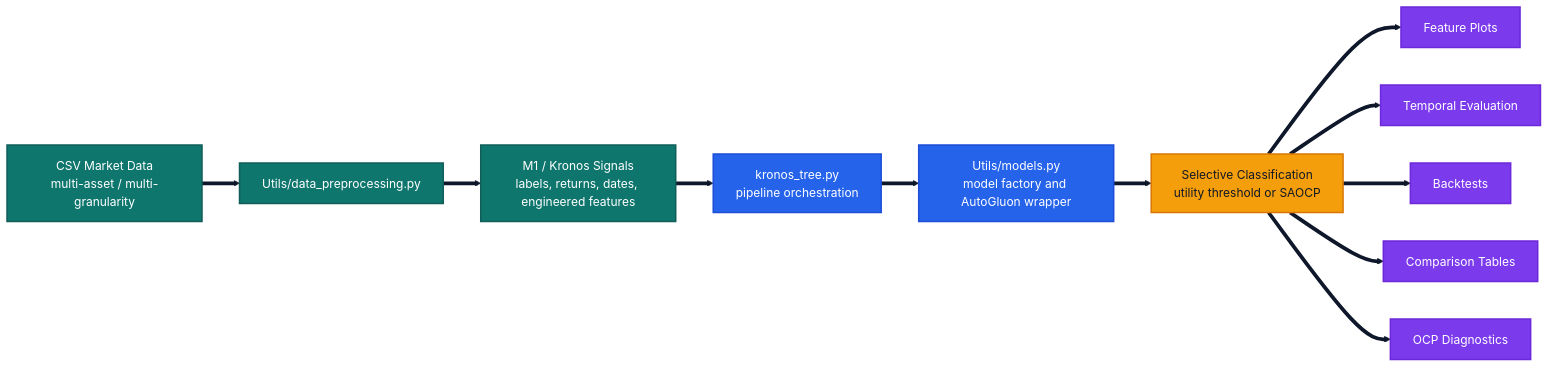
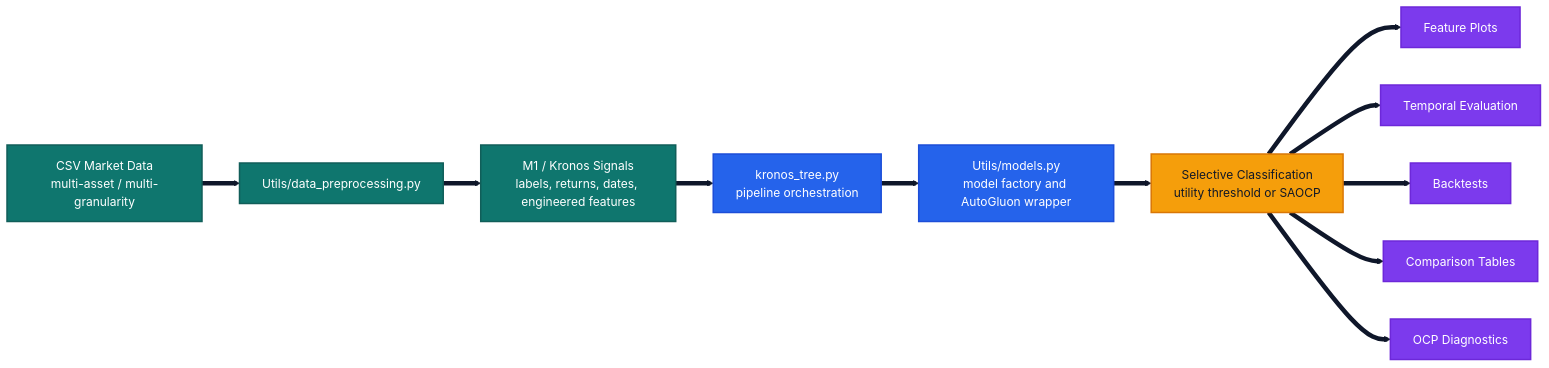
One commit to Pablo-Molla-Charlez/SecondaryModel changed the first of 4 diagrams in README.md. Above: the diagram before and after it, drawn with Mermaid. The commit also changed other lines of this file, not shown here.

````diff
--- a/README.md
+++ b/README.md
@@ -36,23 +36,23 @@
 ```mermaid
 %%{init: {'theme': 'base', 'themeVariables': { 'primaryColor': '#0f766e', 'primaryBorderColor': '#115e59', 'primaryTextColor': '#ffffff', 'secondaryColor': '#f59e0b', 'tertiaryColor': '#dbeafe', 'lineColor': '#0f172a', 'background': '#ffffff'}}}%%
 flowchart LR
     A[CSV Market Data<br/>multi-asset / multi-granularity] --> B[Utils/data_preprocessing.py]
     B --> C[M1 / Kronos Signals<br/>labels, returns, dates, engineered features]
     C --> D[kronos_tree.py<br/>pipeline orchestration]
     D --> K[Utils/models.py<br/>model factory and AutoGluon wrapper]
     K --> E[Selective Classification<br/>utility threshold or SAOCP]
     E --> F[Feature Plots]
     E --> G[Temporal Evaluation]
     E --> H[Backtests]
     E --> I[Comparison Tables]
     E --> J[OCP Diagnostics]
     classDef input fill:#0f766e,stroke:#115e59,color:#ffffff,stroke-width:2px;
     classDef model fill:#2563eb,stroke:#1d4ed8,color:#ffffff,stroke-width:2px;
     classDef select fill:#f59e0b,stroke:#d97706,color:#111827,stroke-width:2px;
     classDef report fill:#7c3aed,stroke:#6d28d9,color:#ffffff,stroke-width:2px;
     class A,B,C input;
     class D,K model;
     class E select;
     class F,G,H,I,J report;
-    linkStyle default stroke:#0f172a,stroke-width:5px;
+    linkStyle default stroke:#0f172a,stroke-width:6px;
 ```
````
